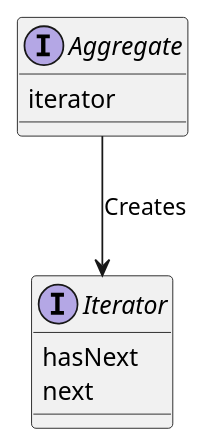
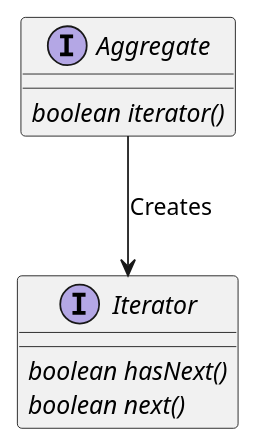
The diagram in php/iterator/README.md (ku2ma2/design_pattern), drawn with PlantUML before and after one commit.

````diff
--- a/php/iterator/README.md
+++ b/php/iterator/README.md
@@ -4,17 +4,17 @@
 ```uml
 @startuml
 
 
 interface Aggregate {
-    iterator
+    {abstract} boolean iterator()
 }
 
 interface Iterator {
-    hasNext
-    next
+    {abstract} boolean hasNext()
+    {abstract} boolean next()
 }
 
 Aggregate --> Iterator : Creates
 
 @enduml
 ```
````
